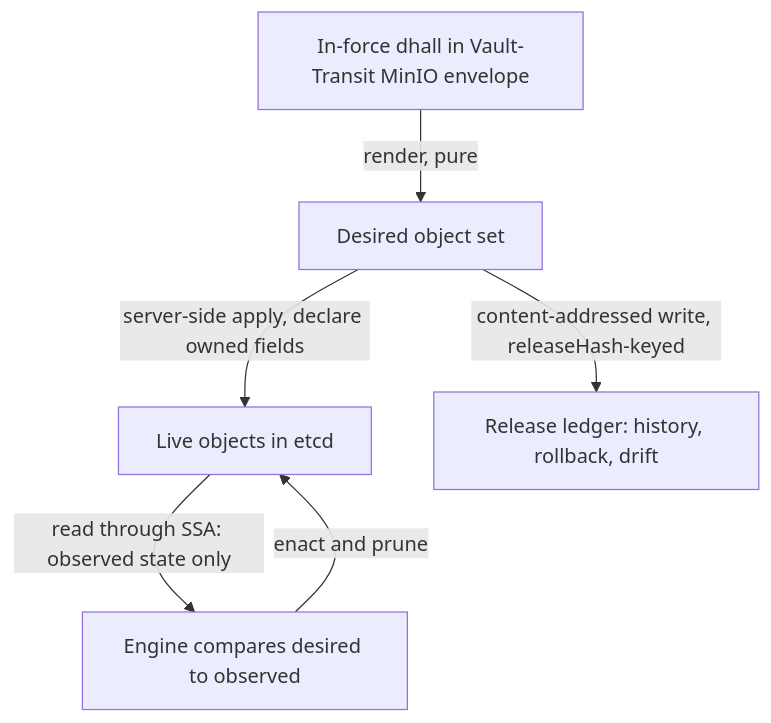
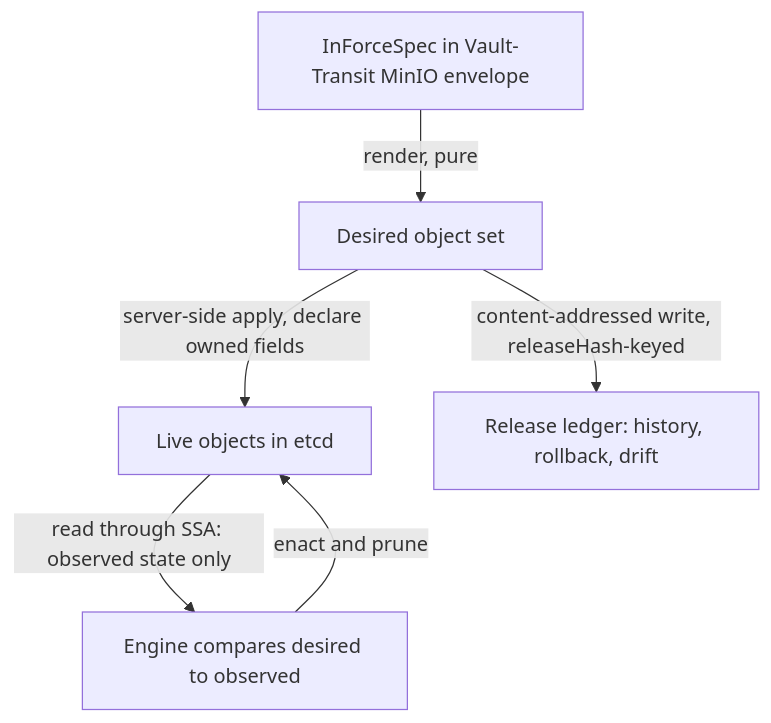
Before and after one commit to Tuee22/amoebius: the fourth of 4 diagrams in documents/engineering/manifest_generation_doctrine.md, drawn with Mermaid. The commit also changed other lines of this file and 37 other files, not shown here.

````diff
--- a/documents/engineering/manifest_generation_doctrine.md
+++ b/documents/engineering/manifest_generation_doctrine.md
@@ -368,8 +370,8 @@
 ```mermaid
 flowchart TD
-  dhall[In-force dhall in Vault-Transit MinIO envelope] -->|render, pure| desired[Desired object set]
+  dhall[InForceSpec in Vault-Transit MinIO envelope] -->|render, pure| desired[Desired object set]
   desired -->|server-side apply, declare owned fields| live[Live objects in etcd]
   live -->|read through SSA: observed state only| diff[Engine compares desired to observed]
   diff -->|enact and prune| live
   desired -->|content-addressed write, releaseHash-keyed| log[Release ledger: history, rollback, drift]
 ```
````
